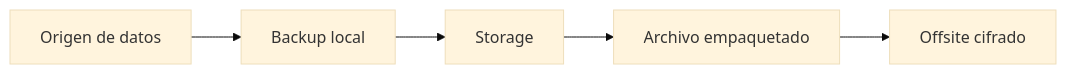
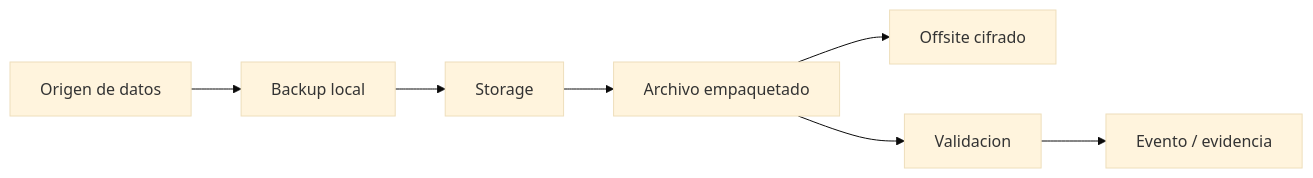
The diagram in docs/es/05-backup-y-recuperacion.md (Nicolasperaltait/homelab), drawn with Mermaid (base theme) before and after one commit. The commit also changed other lines of this file and 24 other files, not shown here.

Commit message:
docs: publish sanitized homelab architecture record

````diff
--- a/docs/es/05-backup-y-recuperacion.md
+++ b/docs/es/05-backup-y-recuperacion.md
@@ -26,7 +29,9 @@
 ```mermaid
 flowchart LR
     A[Origen de datos] --> B[Backup local]
     B --> C[Storage]
     C --> D[Archivo empaquetado]
     D --> E[Offsite cifrado]
+    D --> F[Validacion]
+    F --> G[Evento / evidencia]
 ```
````
